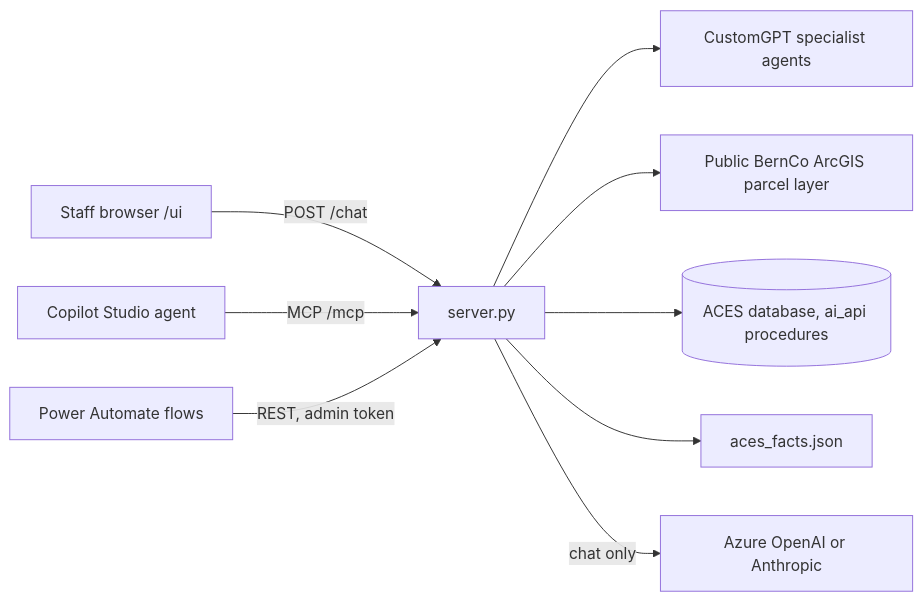
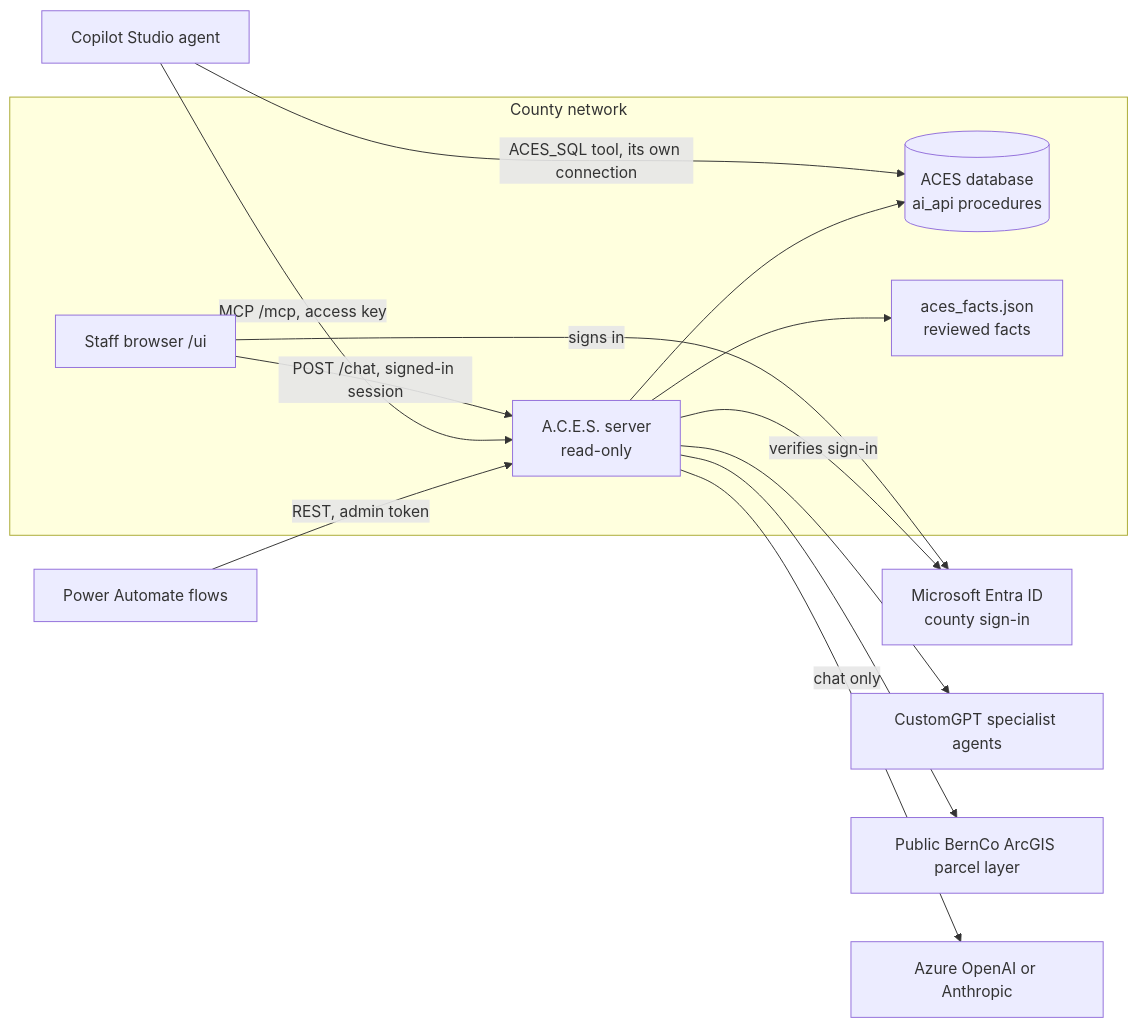
One commit to TheCraftySlayer/aces-mcp-server changed the diagram in README.md. Above: the diagram before and after it, drawn with Mermaid. The commit also changed other lines of this file and 1 other file, not shown here.

````diff
--- a/README.md
+++ b/README.md
@@ -18,11 +18,27 @@
 ```mermaid
 flowchart LR
-    staff[Staff browser /ui] -->|POST /chat| server
-    copilot[Copilot Studio agent] -->|MCP /mcp| server
-    pa[Power Automate flows] -->|REST, admin token| server
-    server[server.py] --> customgpt[CustomGPT specialist agents]
-    server --> arcgis[Public BernCo ArcGIS parcel layer]
-    server --> sql[(ACES database, ai_api procedures)]
-    server --> facts[aces_facts.json]
-    server -->|chat only| model[Azure OpenAI or Anthropic]
+    subgraph county["County network"]
+        staff["Staff browser /ui"]
+        server["A.C.E.S. server<br/>read-only"]
+        sql[("ACES database<br/>ai_api procedures")]
+        facts["aces_facts.json<br/>reviewed facts"]
+    end
+    entra["Microsoft Entra ID<br/>county sign-in"]
+    copilot["Copilot Studio agent"]
+    pa["Power Automate flows"]
+    customgpt["CustomGPT specialist agents"]
+    arcgis["Public BernCo ArcGIS parcel layer"]
+    model["Azure OpenAI or Anthropic"]
+
+    staff -->|signs in| entra
+    staff -->|POST /chat, signed-in session| server
+    copilot -->|MCP /mcp, access key| server
+    pa -->|REST, admin token| server
+    copilot -->|ACES_SQL tool, its own connection| sql
+    server -->|verifies sign-in| entra
+    server --> sql
+    server --> facts
+    server --> customgpt
+    server --> arcgis
+    server -->|chat only| model
 ```
````
